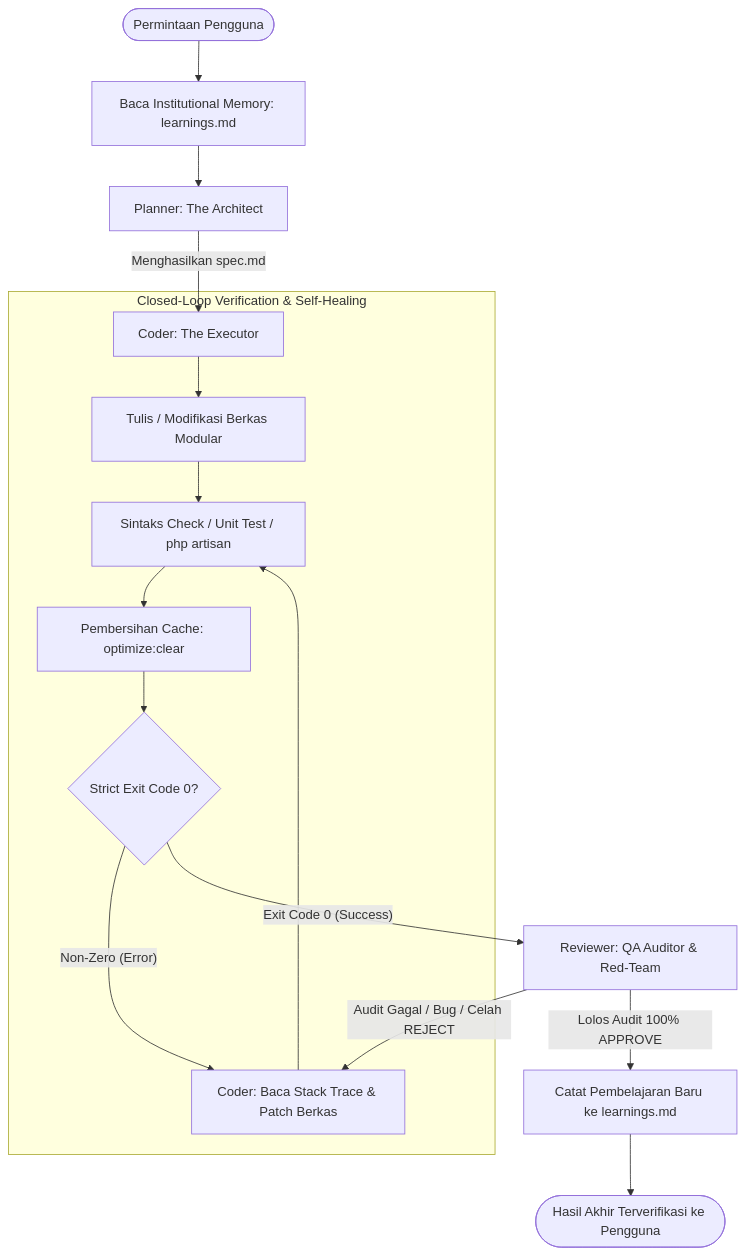
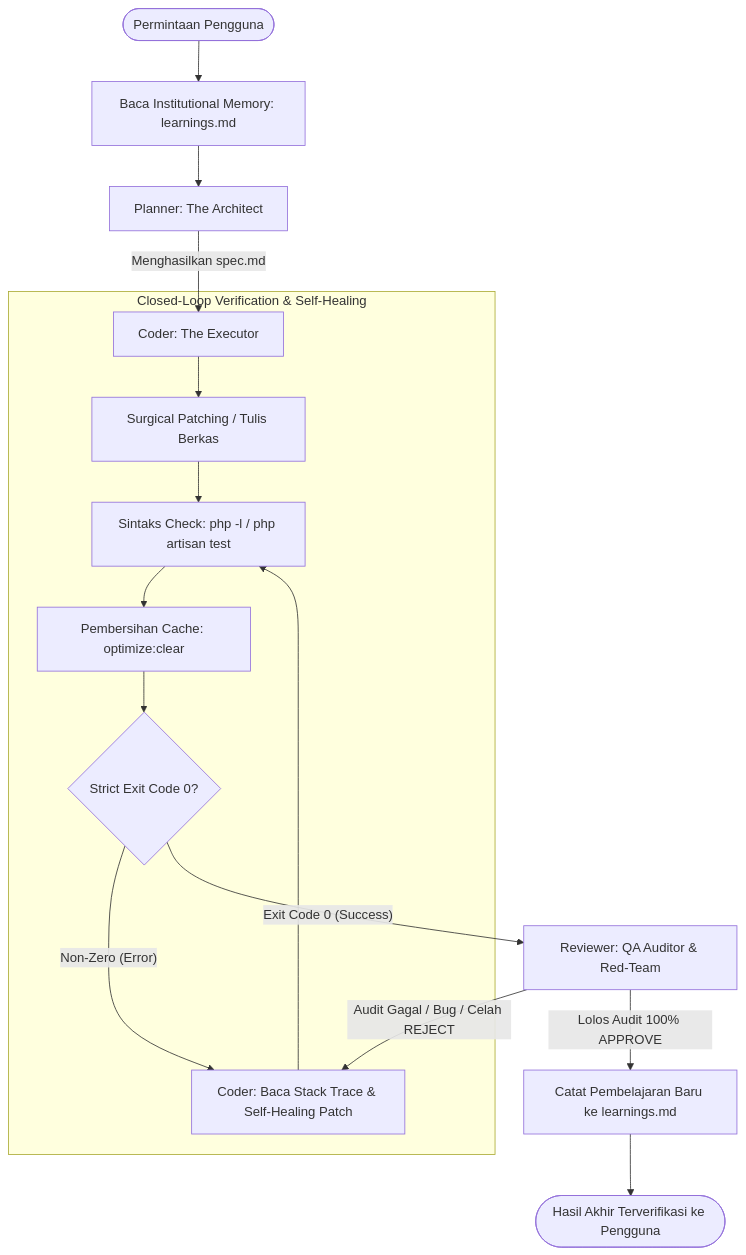
The diagram in AGENTS.md (raveldanz/Magang), drawn with Mermaid before and after one commit. The commit also changed other lines of this file and 1 other file, not shown here.

````diff
--- a/AGENTS.md
+++ b/AGENTS.md
@@ -33,20 +64,20 @@
 ```mermaid
 flowchart TD
     User([Permintaan Pengguna]) --> MemoryRead[Baca Institutional Memory: learnings.md]
     MemoryRead --> Planner[Planner: The Architect]
     Planner -->|Menghasilkan spec.md| Coder[Coder: The Executor]
     
     subgraph SelfHealingLoop [Closed-Loop Verification & Self-Healing]
-        Coder --> CodeMod[Tulis / Modifikasi Berkas Modular]
-        CodeMod --> TermCheck[Sintaks Check / Unit Test / php artisan]
+        Coder --> CodeMod[Surgical Patching / Tulis Berkas]
+        CodeMod --> TermCheck[Sintaks Check: php -l / php artisan test]
         TermCheck --> CacheClear[Pembersihan Cache: optimize:clear]
         CacheClear --> ExitCodeCheck{Strict Exit Code 0?}
-        ExitCodeCheck -- "Non-Zero (Error)" --> AutoPatch[Coder: Baca Stack Trace & Patch Berkas]
+        ExitCodeCheck -- "Non-Zero (Error)" --> AutoPatch[Coder: Baca Stack Trace & Self-Healing Patch]
         AutoPatch --> TermCheck
     end
     
     ExitCodeCheck -- "Exit Code 0 (Success)" --> Reviewer[Reviewer: QA Auditor & Red-Team]
     Reviewer -->|Audit Gagal / Bug / Celah REJECT| AutoPatch
     Reviewer -->|Lolos Audit 100% APPROVE| LogMemory[Catat Pembelajaran Baru ke learnings.md]
     LogMemory --> Output([Hasil Akhir Terverifikasi ke Pengguna])
 ```
````
